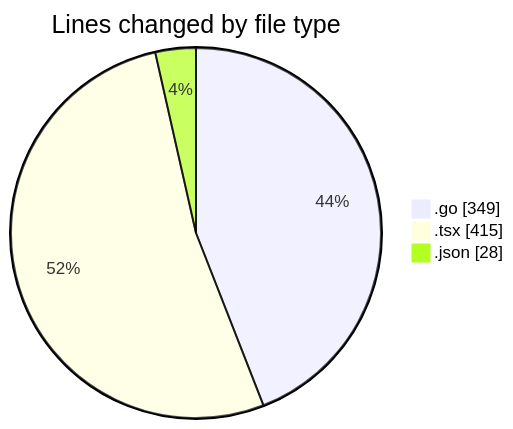
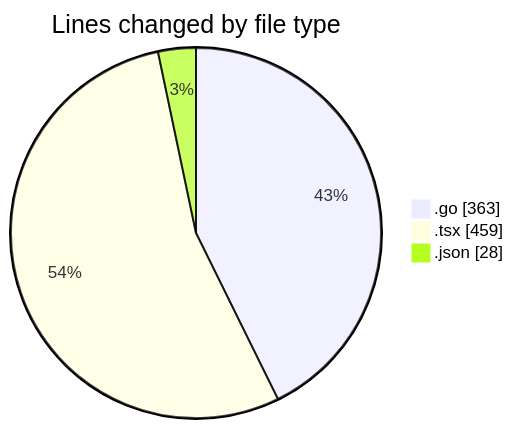
One commit to robertbonfada/code-tracking changed the first of 2 diagrams in 2025-03-03/termonied_testador/README.md. Above: the diagram before and after it, drawn with Mermaid. The commit also changed other lines of this file and 1 other file, not shown here.

````diff
--- a/2025-03-03/termonied_testador/README.md
+++ b/2025-03-03/termonied_testador/README.md
@@ -23,7 +23,7 @@
 ```mermaid
 pie showData
 title Lines changed by file type
-".go" : 349
-".tsx" : 415
+".go" : 363
+".tsx" : 459
 ".json" : 28
 ```
````
